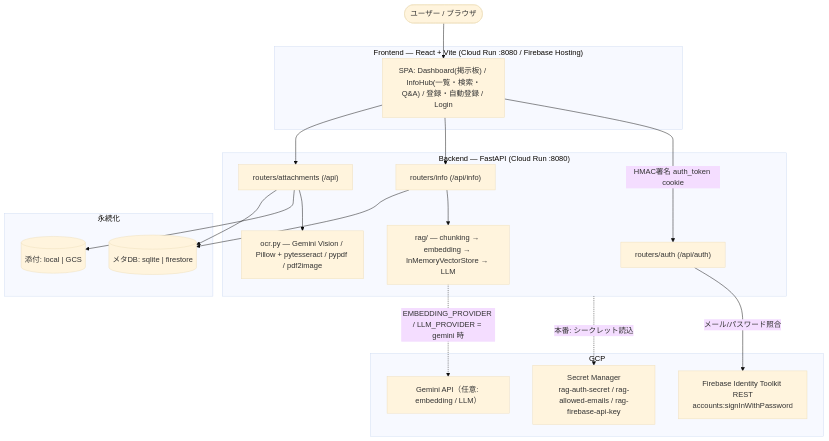
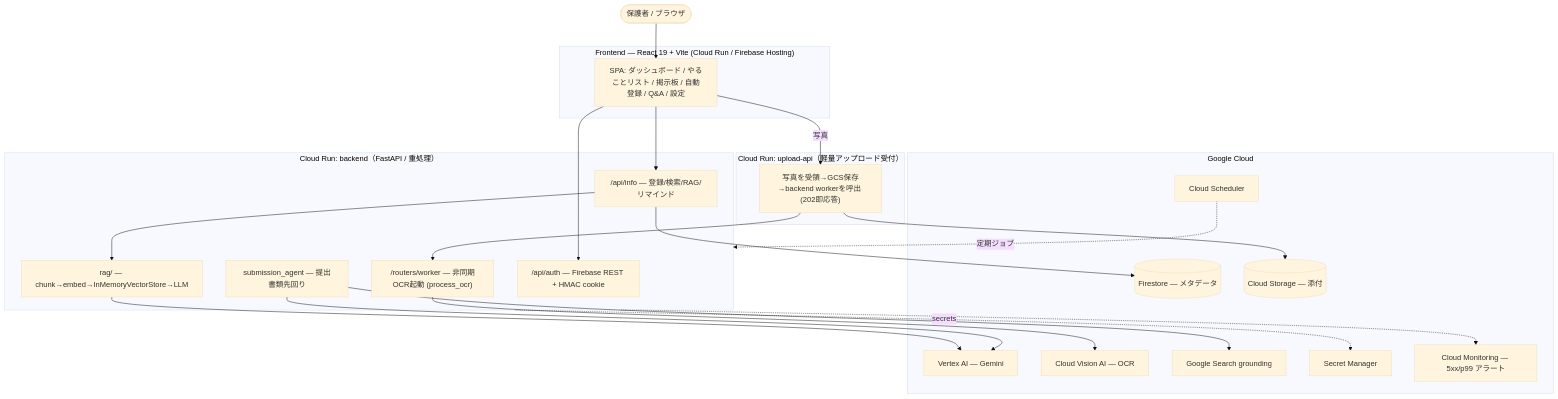
The second of 2 diagrams in README.md (sota1111/toddler-private-rag), drawn with Mermaid (base theme) before and after one commit. The commit also changed other lines of this file, not shown here.

````diff
--- a/README.md
+++ b/README.md
@@ -27,40 +107,46 @@
 ```mermaid
 flowchart TD
-    User([ユーザー / ブラウザ])
+    User([保護者 / ブラウザ])
 
-    subgraph Frontend["Frontend — React + Vite (Cloud Run :8080 / Firebase Hosting)"]
-        FE["SPA: Dashboard(掲示板) / InfoHub(一覧・検索・Q&A) / 登録・自動登録 / Login"]
+    subgraph FE["Frontend — React 19 + Vite (Cloud Run / Firebase Hosting)"]
+        SPA["SPA: ダッシュボード / やることリスト / 掲示板 / 自動登録 / Q&A / 設定"]
     end
 
-    subgraph Backend["Backend — FastAPI (Cloud Run :8080)"]
-        AUTH["routers/auth (/api/auth)"]
-        ATT["routers/attachments (/api)"]
-        INFO["routers/info (/api/info)"]
-        OCR["ocr.py — Gemini Vision / Pillow + pytesseract / pypdf / pdf2image"]
-        RAG["rag/ — chunking → embedding → InMemoryVectorStore → LLM"]
+    subgraph UP["Cloud Run: upload-api（軽量アップロード受付）"]
+        U1["写真を受領→GCS保存→backend workerを呼出 (202即応答)"]
     end
 
-    subgraph Storage["永続化"]
-        DB[("メタDB: sqlite | firestore")]
-        FILES[("添付: local | GCS")]
+    subgraph BE["Cloud Run: backend（FastAPI / 重処理）"]
+        AUTH["/api/auth — Firebase REST + HMAC cookie"]
+        INFO["/api/info — 登録/検索/RAG/リマインド"]
+        WORKER["/routers/worker — 非同期OCR起動 (process_ocr)"]
+        AGENT["submission_agent — 提出書類先回り"]
+        RAG["rag/ — chunk→embed→InMemoryVectorStore→LLM"]
     end
 
-    subgraph GCP["GCP"]
-        IDT["Firebase Identity Toolkit REST<br/>accounts:signInWithPassword"]
-        SM["Secret Manager<br/>rag-auth-secret / rag-allowed-emails / rag-firebase-api-key"]
-        GEM["Gemini API（任意: embedding / LLM）"]
+    subgraph GCP["Google Cloud"]
+        VERTEX["Vertex AI — Gemini"]
+        VISION["Cloud Vision AI — OCR"]
+        SEARCH["Google Search grounding"]
+        FS[("Firestore — メタデータ")]
+        GCS[("Cloud Storage — 添付")]
+        SM["Secret Manager"]
+        SCHED["Cloud Scheduler"]
+        MON["Cloud Monitoring — 5xx/p99 アラート"]
     end
 
-    User --> FE
-    FE -->|"HMAC署名 auth_token cookie"| AUTH
-    FE --> INFO
-    FE --> ATT
-    AUTH -->|"メール/パスワード照合"| IDT
-    ATT --> OCR
-    ATT --> FILES
-    INFO --> RAG
-    INFO --> DB
-    ATT --> DB
-    RAG -. "EMBEDDING_PROVIDER / LLM_PROVIDER = gemini 時" .-> GEM
-    Backend -. "本番: シークレット読込" .-> SM
+    User --> SPA
+    SPA -->|写真| U1
+    U1 --> WORKER
+    SPA --> AUTH
+    SPA --> INFO
+    WORKER --> VISION
+    AGENT --> VERTEX
+    AGENT --> SEARCH
+    INFO --> RAG --> VERTEX
+    INFO --> FS
+    U1 --> GCS
+    BE -. secrets .-> SM
+    SCHED -.->|定期ジョブ| BE
+    BE -.-> MON
 ```
````
